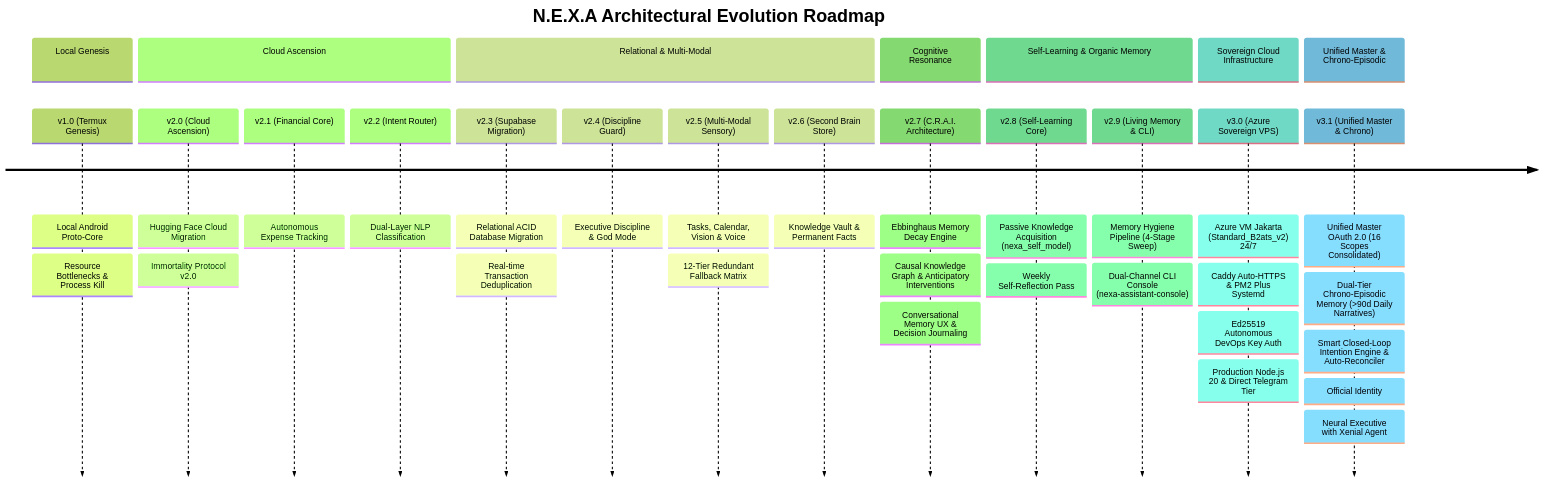
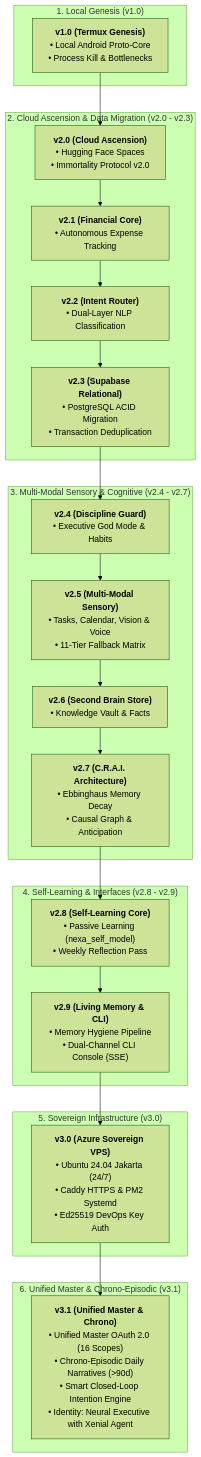
Before and after one commit to Knightrelaxed/nexa-server: the first of 2 diagrams in docs/NEXA_VERSION_EVOLUTION_ROADMAP.md, drawn with Mermaid (forest theme).

Commit message:
fix(docs): replace unsupported mermaid timeline with standard flowchart TD

````diff
--- a/docs/NEXA_VERSION_EVOLUTION_ROADMAP.md
+++ b/docs/NEXA_VERSION_EVOLUTION_ROADMAP.md
@@ -13,38 +13,35 @@
 ```mermaid
-timeline
-    title N.E.X.A Architectural Evolution Roadmap
-    section Local Genesis
-      v1.0 (Termux Genesis) : Local Android Proto-Core
-                            : Resource Bottlenecks & Process Kill
-    section Cloud Ascension
-      v2.0 (Cloud Ascension) : Hugging Face Cloud Migration
-                             : Immortality Protocol v2.0
-      v2.1 (Financial Core) : Autonomous Expense Tracking
-      v2.2 (Intent Router) : Dual-Layer NLP Classification
-    section Relational & Multi-Modal
-      v2.3 (Supabase Migration) : Relational ACID Database Migration
-                                : Real-time Transaction Deduplication
-      v2.4 (Discipline Guard) : Executive Discipline & God Mode
-      v2.5 (Multi-Modal Sensory) : Tasks, Calendar, Vision & Voice
-                                 : 12-Tier Redundant Fallback Matrix
-      v2.6 (Second Brain Store) : Knowledge Vault & Permanent Facts
-    section Cognitive Resonance
-      v2.7 (C.R.A.I. Architecture) : Ebbinghaus Memory Decay Engine
-                                   : Causal Knowledge Graph & Anticipatory Interventions
-                                   : Conversational Memory UX & Decision Journaling
-    section Self-Learning & Organic Memory
-      v2.8 (Self-Learning Core) : Passive Knowledge Acquisition (nexa_self_model)
-                                : Weekly Self-Reflection Pass
-      v2.9 (Living Memory & CLI) : Memory Hygiene Pipeline (4-Stage Sweep)
-                                 : Dual-Channel CLI Console (nexa-assistant-console)
-    section Sovereign Cloud Infrastructure
-      v3.0 (Azure Sovereign VPS) : Azure VM Jakarta (Standard_B2ats_v2) 24/7
-                                 : Caddy Auto-HTTPS & PM2 Plus Systemd
-                                 : Ed25519 Autonomous DevOps Key Auth
-                                 : Production Node.js 20 & Direct Telegram Tier
-    section Unified Master & Chrono-Episodic
-      v3.1 (Unified Master & Chrono) : Unified Master OAuth 2.0 (16 Scopes Consolidated)
-                                     : Dual-Tier Chrono-Episodic Memory (>90d Daily Narratives)
-                                     : Smart Closed-Loop Intention Engine & Auto-Reconciler
-                                     : Official Identity: Neural Executive with Xenial Agent
+flowchart TD
+    subgraph S1 ["1. Local Genesis (v1.0)"]
+        V1["<b>v1.0 (Termux Genesis)</b><br>• Local Android Proto-Core<br>• Process Kill & Bottlenecks"]
+    end
+
+    subgraph S2 ["2. Cloud Ascension & Data Migration (v2.0 - v2.3)"]
+        V20["<b>v2.0 (Cloud Ascension)</b><br>• Hugging Face Spaces<br>• Immortality Protocol v2.0"]
+        V21["<b>v2.1 (Financial Core)</b><br>• Autonomous Expense Tracking"]
+        V22["<b>v2.2 (Intent Router)</b><br>• Dual-Layer NLP Classification"]
+        V23["<b>v2.3 (Supabase Relational)</b><br>• PostgreSQL ACID Migration<br>• Transaction Deduplication"]
+    end
+
+    subgraph S3 ["3. Multi-Modal Sensory & Cognitive (v2.4 - v2.7)"]
+        V24["<b>v2.4 (Discipline Guard)</b><br>• Executive God Mode & Habits"]
+        V25["<b>v2.5 (Multi-Modal Sensory)</b><br>• Tasks, Calendar, Vision & Voice<br>• 11-Tier Fallback Matrix"]
+        V26["<b>v2.6 (Second Brain Store)</b><br>• Knowledge Vault & Facts"]
+        V27["<b>v2.7 (C.R.A.I. Architecture)</b><br>• Ebbinghaus Memory Decay<br>• Causal Graph & Anticipation"]
+    end
+
+    subgraph S4 ["4. Self-Learning & Interfaces (v2.8 - v2.9)"]
+        V28["<b>v2.8 (Self-Learning Core)</b><br>• Passive Learning (nexa_self_model)<br>• Weekly Reflection Pass"]
+        V29["<b>v2.9 (Living Memory & CLI)</b><br>• Memory Hygiene Pipeline<br>• Dual-Channel CLI Console (SSE)"]
+    end
+
+    subgraph S5 ["5. Sovereign Infrastructure (v3.0)"]
+        V30["<b>v3.0 (Azure Sovereign VPS)</b><br>• Ubuntu 24.04 Jakarta (24/7)<br>• Caddy HTTPS & PM2 Systemd<br>• Ed25519 DevOps Key Auth"]
+    end
+
+    subgraph S6 ["6. Unified Master & Chrono-Episodic (v3.1)"]
+        V31["<b>v3.1 (Unified Master & Chrono)</b><br>• Unified Master OAuth 2.0 (16 Scopes)<br>• Chrono-Episodic Daily Narratives (>90d)<br>• Smart Closed-Loop Intention Engine<br>• Identity: Neural Executive with Xenial Agent"]
+    end
+
+    V1 --> V20 --> V21 --> V22 --> V23 --> V24 --> V25 --> V26 --> V27 --> V28 --> V29 --> V30 --> V31
 ```
````
